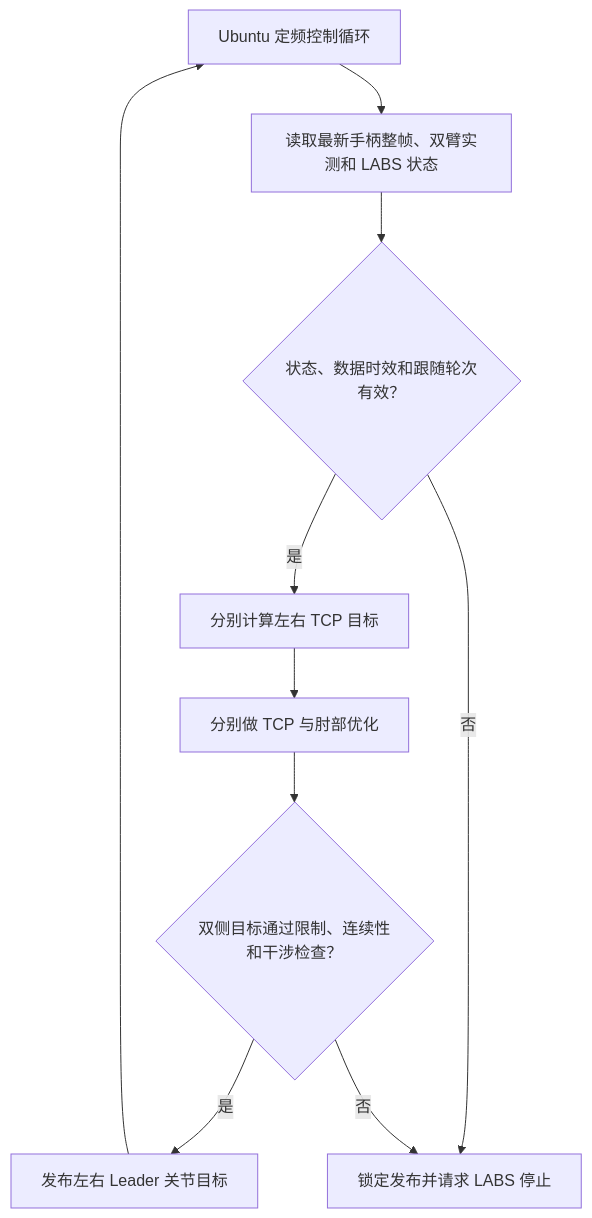
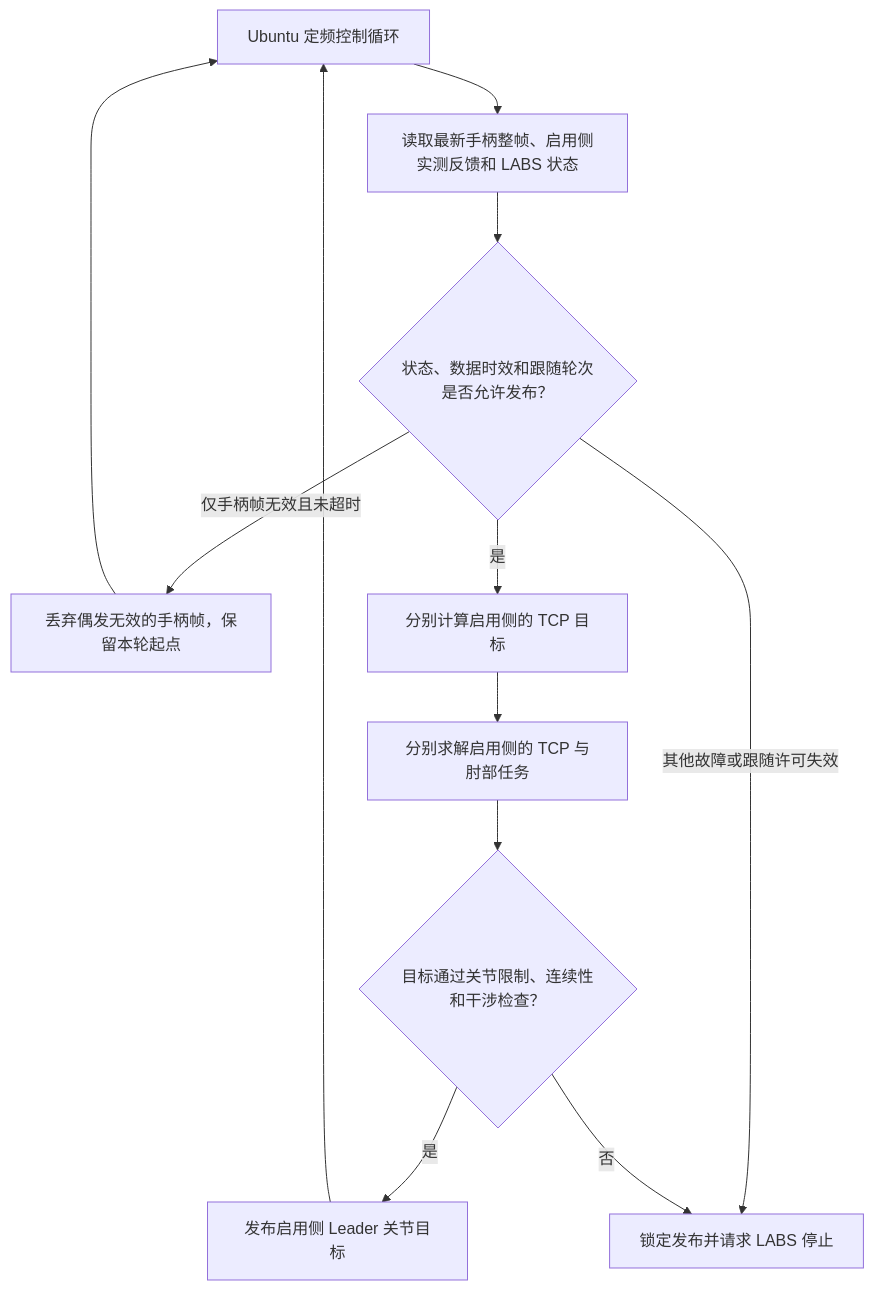
The second of 4 diagrams in 7、遥操作同步、跟随及异常处理.md (YYxzz8866/Quest-Proposal), drawn with Mermaid before and after one commit. The commit also changed other lines of this file and 7 other files, not shown here.

````diff
--- a/7、遥操作同步、跟随及异常处理.md
+++ b/7、遥操作同步、跟随及异常处理.md
@@ -59,17 +75,19 @@
 ```mermaid
 flowchart TD
     Tick["Ubuntu 定频控制循环"]
-    Read["读取最新手柄整帧、双臂实测和 LABS 状态"]
-    Check{"状态、数据时效和跟随轮次有效？"}
-    Map["分别计算左右 TCP 目标"]
-    Solve["分别做 TCP 与肘部优化"]
-    OutputOk{"双侧目标通过限制、连续性和干涉检查？"}
-    Send["发布左右 Leader 关节目标"]
+    Read["读取最新手柄整帧、启用侧实测反馈和 LABS 状态"]
+    Check{"状态、数据时效和跟随轮次是否允许发布？"}
+    Skip["丢弃偶发无效的手柄帧，保留本轮起点"]
+    Map["分别计算启用侧的 TCP 目标"]
+    Solve["分别求解启用侧的 TCP 与肘部任务"]
+    OutputOk{"目标通过关节限制、连续性和干涉检查？"}
+    Send["发布启用侧 Leader 关节目标"]
     Stop["锁定发布并请求 LABS 停止"]
 
     Tick --> Read --> Check
     Check -->|是| Map --> Solve --> OutputOk
-    Check -->|否| Stop
+    Check -->|仅手柄帧无效且未超时| Skip --> Tick
+    Check -->|其他故障或跟随许可失效| Stop
     OutputOk -->|是| Send --> Tick
     OutputOk -->|否| Stop
 ```
````
